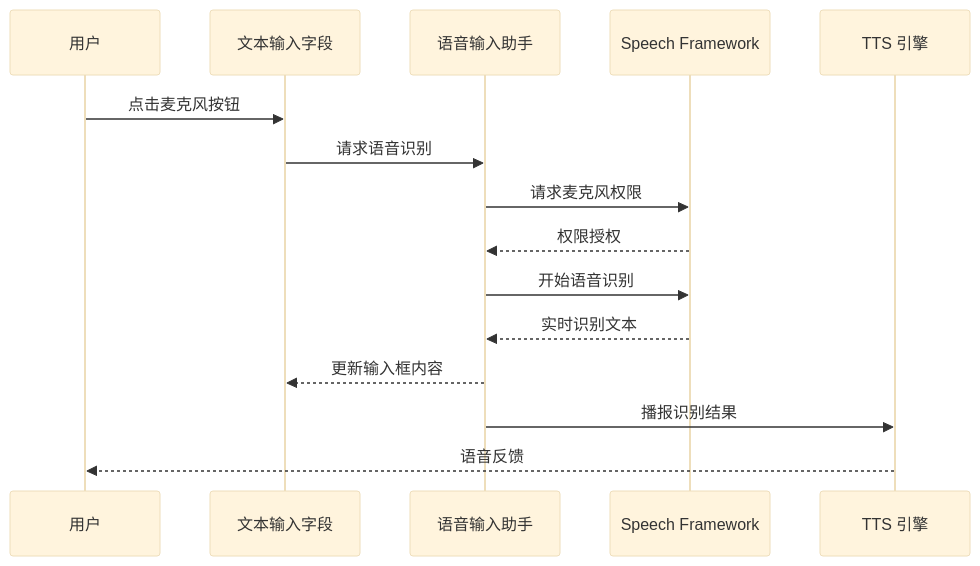
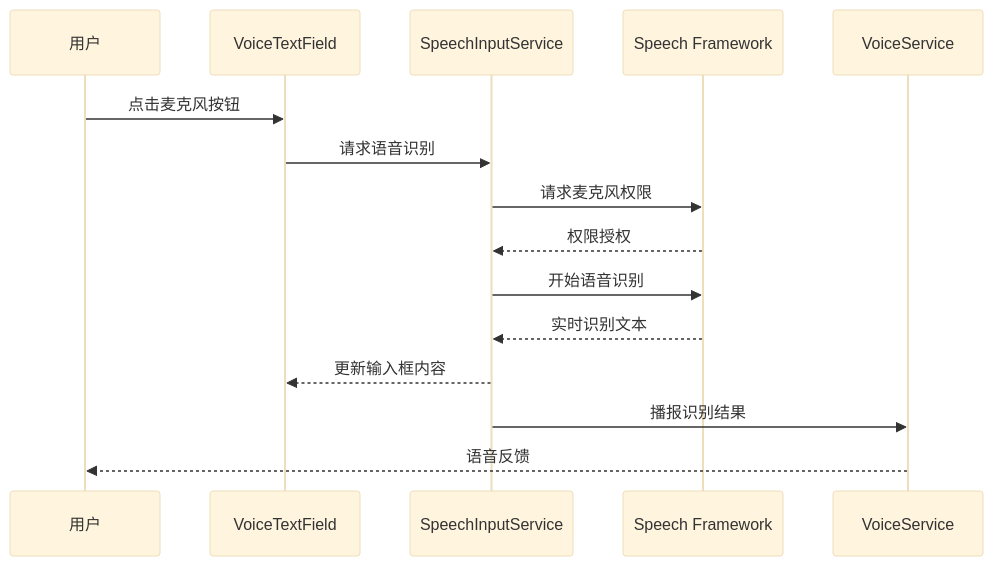
The seventh of 11 diagrams in .qoder/repowiki/zh/content/架构设计/模块化架构设计/Voice 语音模块.md (Jayden23018/blind-run-ios), drawn with Mermaid (base theme) before and after one commit. The commit also changed other lines of this file and 5 other files, not shown here.

````diff
--- a/.qoder/repowiki/zh/content/架构设计/模块化架构设计/Voice 语音模块.md
+++ b/.qoder/repowiki/zh/content/架构设计/模块化架构设计/Voice 语音模块.md
@@ -263,17 +349,17 @@
 ```mermaid
 sequenceDiagram
 participant User as 用户
-participant Field as 文本输入字段
-participant SI as 语音输入助手
+participant VTF as VoiceTextField
+participant SIS as SpeechInputService
 participant Speech as Speech Framework
-participant TTS as TTS 引擎
-User->>Field : 点击麦克风按钮
-Field->>SI : 请求语音识别
-SI->>Speech : 请求麦克风权限
-Speech-->>SI : 权限授权
-SI->>Speech : 开始语音识别
-Speech-->>SI : 实时识别文本
-SI-->>Field : 更新输入框内容
-SI->>TTS : 播报识别结果
-TTS-->>User : 语音反馈
+participant VS as VoiceService
+User->>VTF : 点击麦克风按钮
+VTF->>SIS : 请求语音识别
+SIS->>Speech : 请求麦克风权限
+Speech-->>SIS : 权限授权
+SIS->>Speech : 开始语音识别
+Speech-->>SIS : 实时识别文本
+SIS-->>VTF : 更新输入框内容
+SIS->>VS : 播报识别结果
+VS-->>User : 语音反馈
 ```
````
